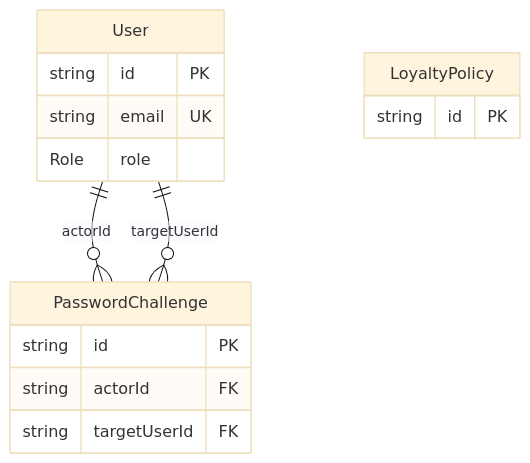
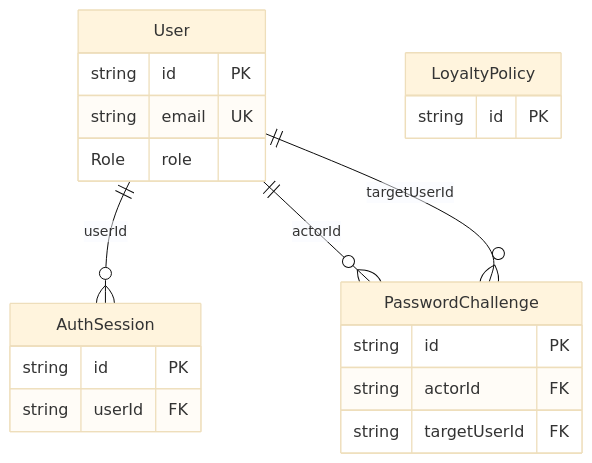
One commit to phung086/lab-resource-manager changed the fourth of 7 diagrams in docs/DB-erd/core-erd.md. Above: the diagram before and after it, drawn with Mermaid (base theme). The commit also changed other lines of this file and 327 other files, not shown here.

````diff
--- a/docs/DB-erd/core-erd.md
+++ b/docs/DB-erd/core-erd.md
@@ -327,18 +335,23 @@
 ```mermaid
 erDiagram
     User {
         string id PK
         string email UK
         Role role
+    }
+    AuthSession {
+        string id PK
+        string userId FK
     }
     PasswordChallenge {
         string id PK
         string actorId FK
         string targetUserId FK
     }
     LoyaltyPolicy {
         string id PK
     }
+    User ||--o{ AuthSession : "userId"
     User ||--o{ PasswordChallenge : "actorId"
     User ||--o{ PasswordChallenge : "targetUserId"
 ```
````
